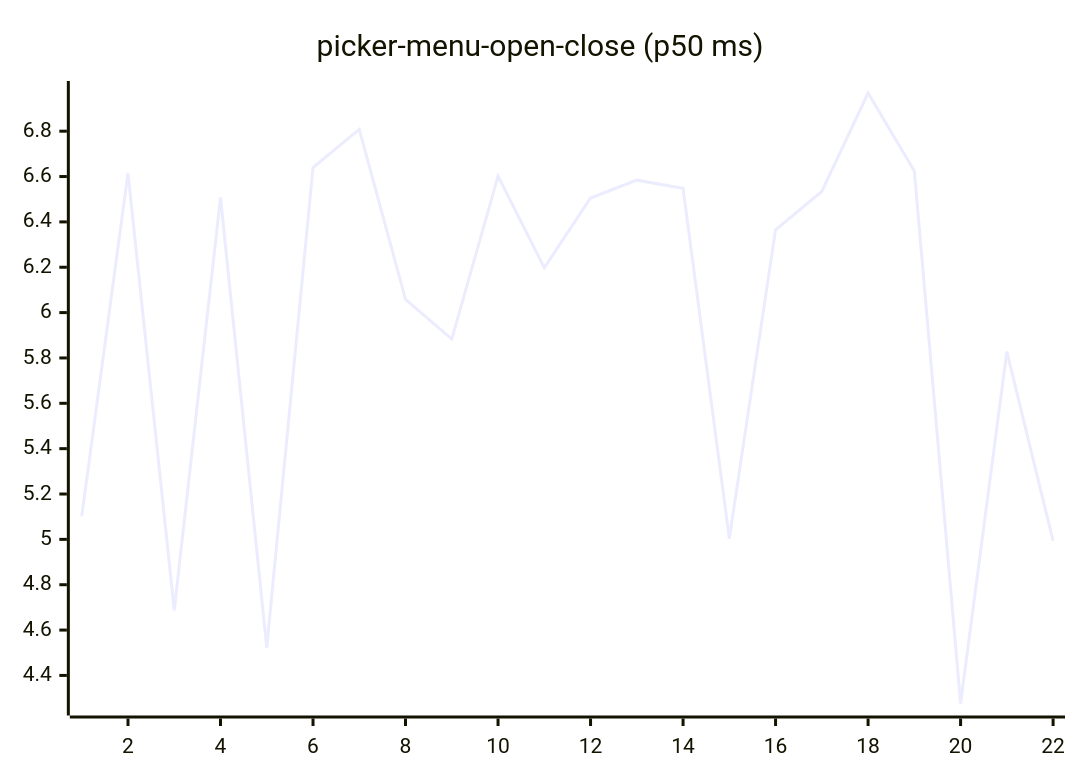
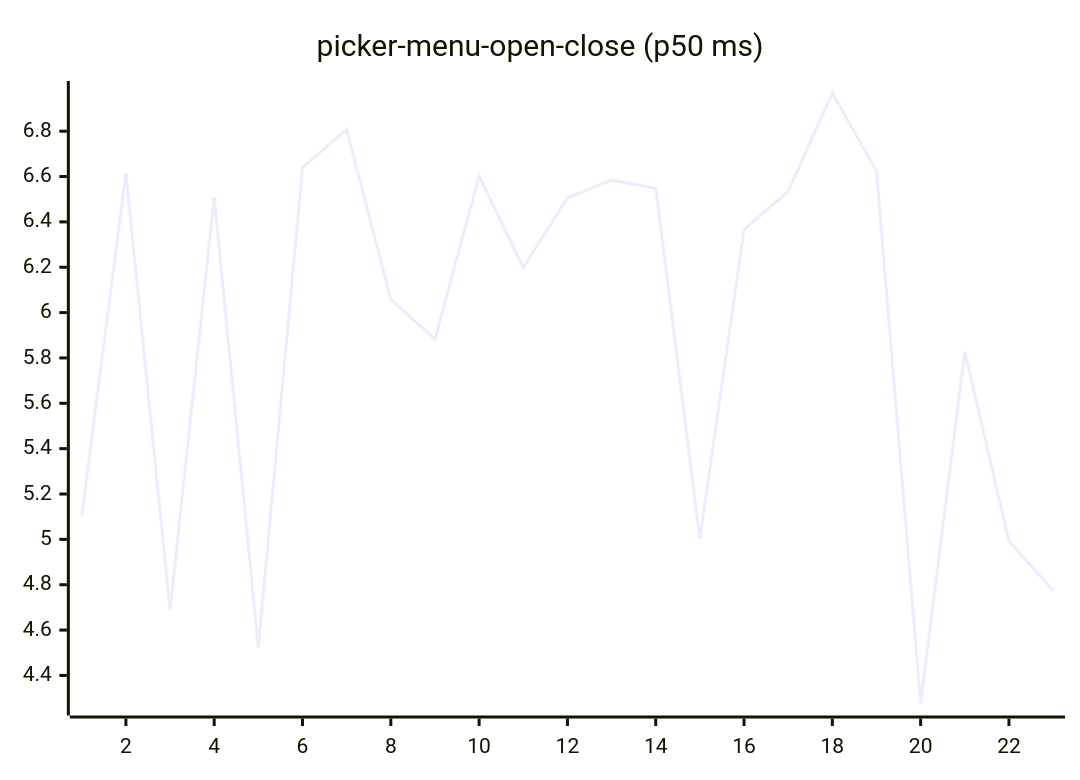
One commit to josha/Facet changed diagram 16 of 27 in README.md. Above: the diagram before and after it, drawn with Mermaid. The commit also changed other lines of this file and 2 other files, not shown here.

````diff
--- a/README.md
+++ b/README.md
@@ -168,6 +168,6 @@
 ```mermaid
 xychart-beta
     title "picker-menu-open-close (p50 ms)"
-    x-axis 1 --> 22
-    line [5.1020, 6.6154, 4.6873, 6.5076, 4.5232, 6.6400, 6.8077, 6.0581, 5.8829, 6.6018, 6.1978, 6.5053, 6.5840, 6.5483, 5.0039, 6.3653, 6.5343, 6.9684, 6.6249, 4.2762, 5.8275, 4.9929]
+    x-axis 1 --> 23
+    line [5.1020, 6.6154, 4.6873, 6.5076, 4.5232, 6.6400, 6.8077, 6.0581, 5.8829, 6.6018, 6.1978, 6.5053, 6.5840, 6.5483, 5.0039, 6.3653, 6.5343, 6.9684, 6.6249, 4.2762, 5.8275, 4.9929, 4.7749]
 ```
````
